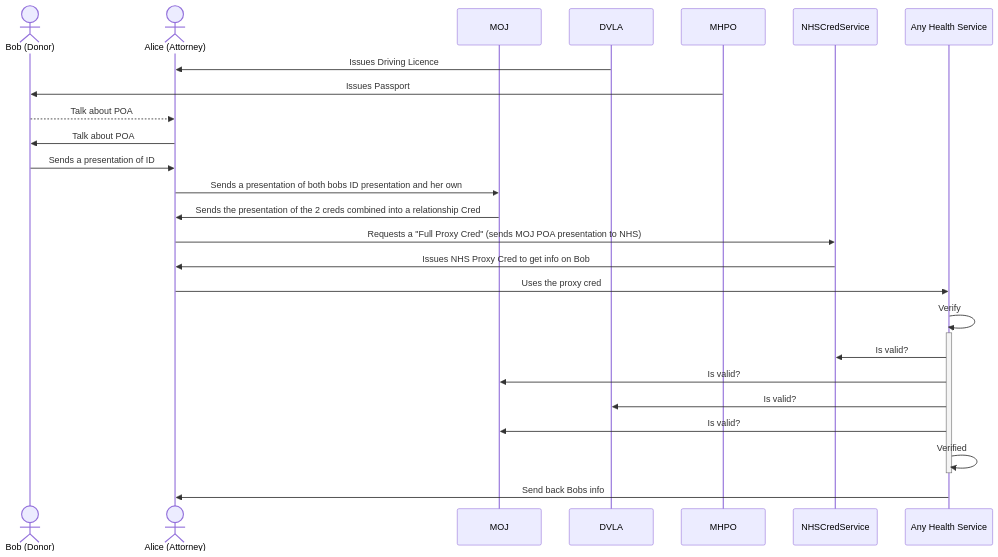
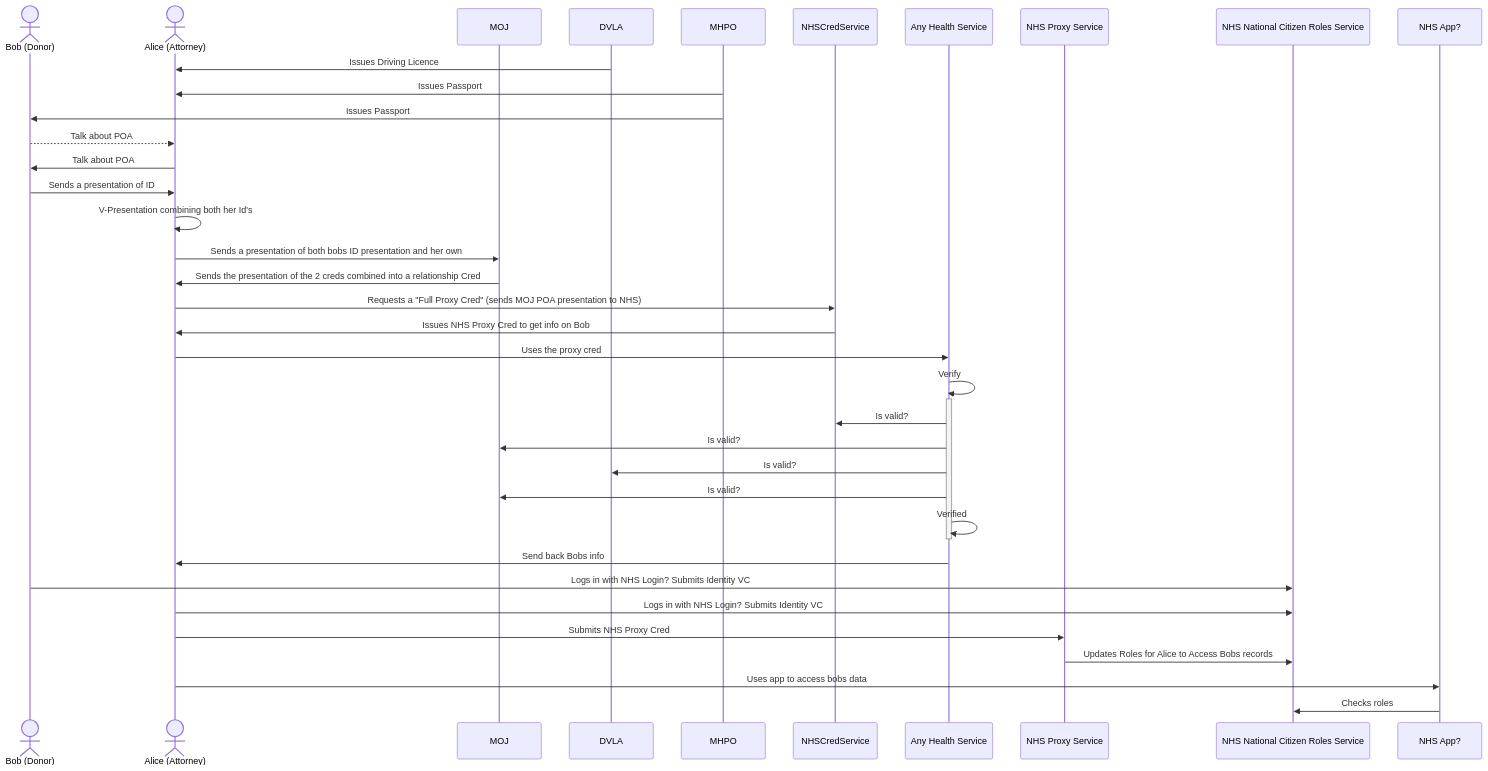
One commit to nhsexperience/nhs-experience changed the diagram in docs/nhs-proxy/hackathon.md. Above: the diagram before and after it, drawn with Mermaid.

Commit message:
Adding roles service to diagrams.

````diff
--- a/docs/nhs-proxy/hackathon.md
+++ b/docs/nhs-proxy/hackathon.md
@@ -54,37 +54,47 @@
 ```mermaid
 
 sequenceDiagram
     actor Bob as Bob (Donor)
     actor Alice as Alice (Attorney)
     participant MOJ as MOJ
     participant DVLA as DVLA
     participant MHPO as MHPO
     participant NHSCred as NHSCredService
     participant SomeNHSService as Any Health Service
+    participant NHSProxyService as NHS Proxy Service
+    participant NHSRoleService as NHS National Citizen Roles Service
+    participant NHSApp as NHS App?
     DVLA->>Alice:Issues Driving Licence
+    MHPO->>Alice: Issues Passport
     MHPO->>Bob: Issues Passport
     Bob-->>Alice: Talk about POA
     Alice->>Bob: Talk about POA
     Bob->>Alice: Sends a presentation of ID
+    Alice->>Alice: V-Presentation combining both her Id's
     Alice->>MOJ: Sends a presentation of both bobs ID presentation and her own
     MOJ->>Alice: Sends the presentation of the 2 creds combined into a relationship Cred
     Alice->>NHSCred: Requests a "Full Proxy Cred" (sends MOJ POA  presentation to NHS)
     NHSCred->>Alice: Issues NHS Proxy Cred to get info on Bob
     Alice->>SomeNHSService: Uses the proxy cred
     SomeNHSService->>+SomeNHSService:Verify
     SomeNHSService->>NHSCred: Is valid?
     SomeNHSService->>MOJ: Is valid?
     SomeNHSService->>DVLA: Is valid?
     SomeNHSService->>MOJ: Is valid?
     SomeNHSService->>-SomeNHSService:Verified
     SomeNHSService->>Alice: Send back Bobs info
-
+    Bob->>NHSRoleService: Logs in with NHS Login? Submits Identity VC
+    Alice->>NHSRoleService: Logs in with NHS Login? Submits Identity VC  
+    Alice->>NHSProxyService: Submits NHS Proxy Cred
+    NHSProxyService->>NHSRoleService: Updates Roles for Alice to Access Bobs records
+    Alice->>NHSApp:Uses app to access bobs data
+    NHSApp->>NHSRoleService: Checks roles
 
 
 
 
 
 
 
 
 ```
````
